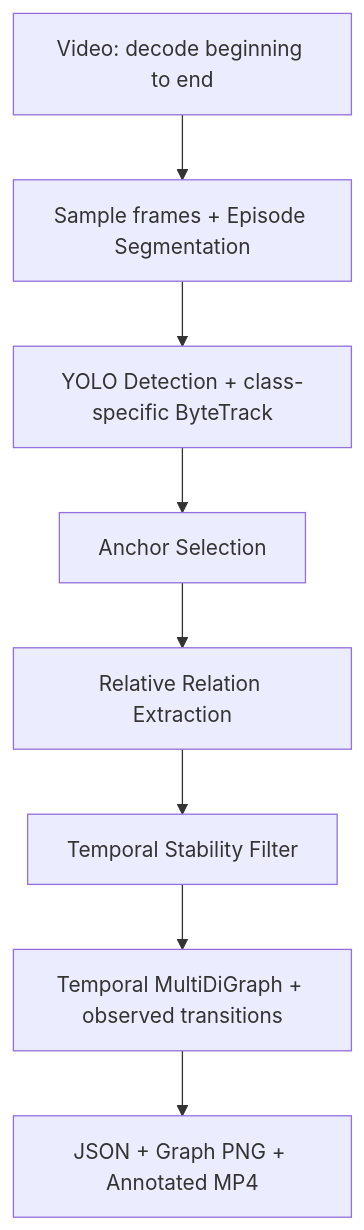
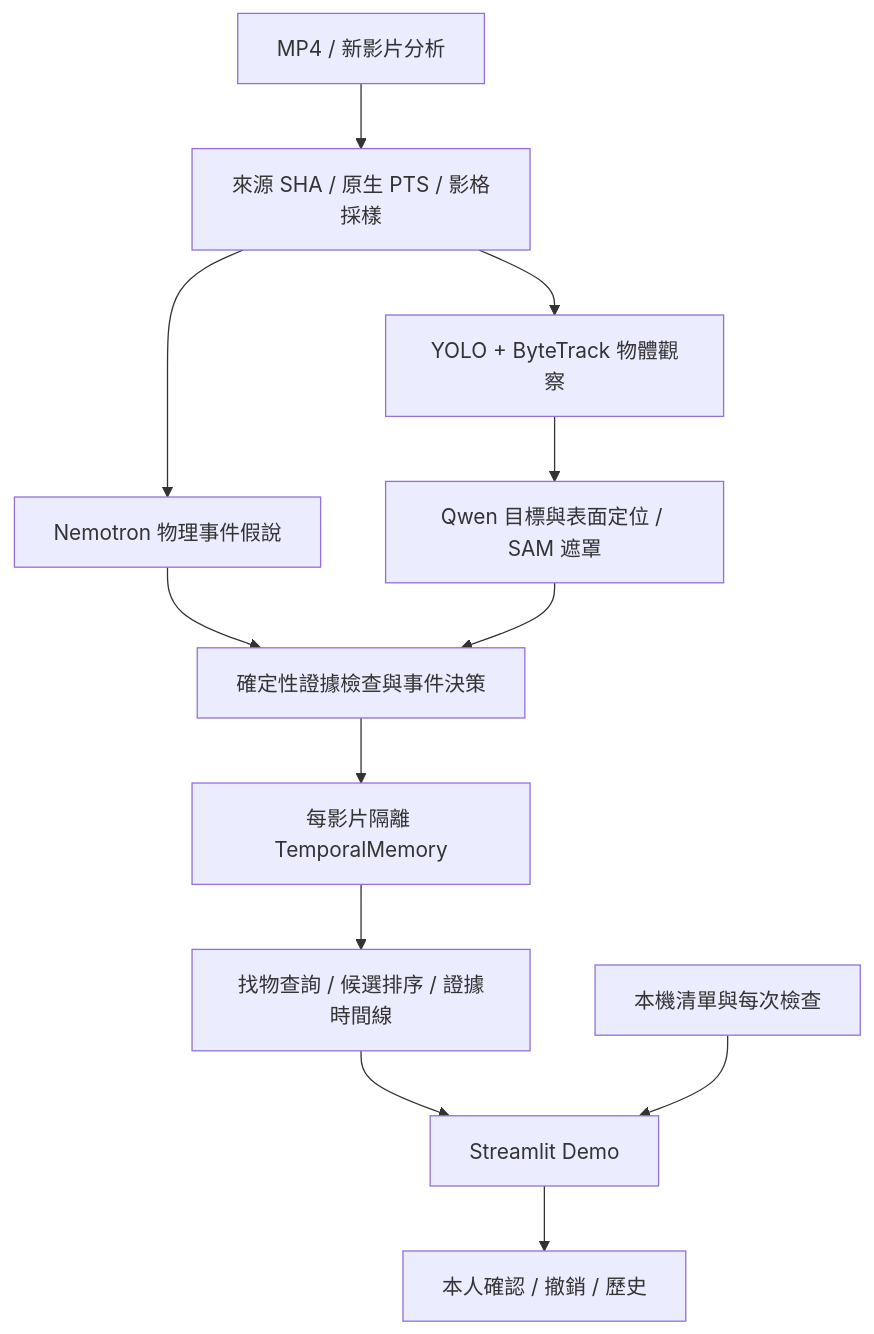
Before and after one commit to kyo0802/mixure_test: the diagram in README.md, drawn with Mermaid. The commit also changed other lines of this file and 63 other files, not shown here.

First line of the commit message:
feat: deliver FindMind spatial memory and departure demo

````diff
--- a/README.md
+++ b/README.md
@@ -32,10 +31,14 @@
 ```mermaid
 flowchart TD
-  A[Video: decode beginning to end] --> B[Sample frames + Episode Segmentation]
-  B --> C[YOLO Detection + class-specific ByteTrack]
-  C --> D[Anchor Selection]
-  D --> E[Relative Relation Extraction]
-  E --> F[Temporal Stability Filter]
-  F --> G[Temporal MultiDiGraph + observed transitions]
-  G --> H[JSON + Graph PNG + Annotated MP4]
+    A[MP4 / 新影片分析] --> B[來源 SHA / 原生 PTS / 影格採樣]
+    B --> C[YOLO + ByteTrack 物體觀察]
+    B --> D[Nemotron 物理事件假說]
+    C --> E[Qwen 目標與表面定位 / SAM 遮罩]
+    D --> F[確定性證據檢查與事件決策]
+    E --> F
+    F --> G[每影片隔離 TemporalMemory]
+    G --> H[找物查詢 / 候選排序 / 證據時間線]
+    H --> I[Streamlit Demo]
+    J[本機清單與每次檢查] --> I
+    I --> K[本人確認 / 撤銷 / 歷史]
 ```
````
